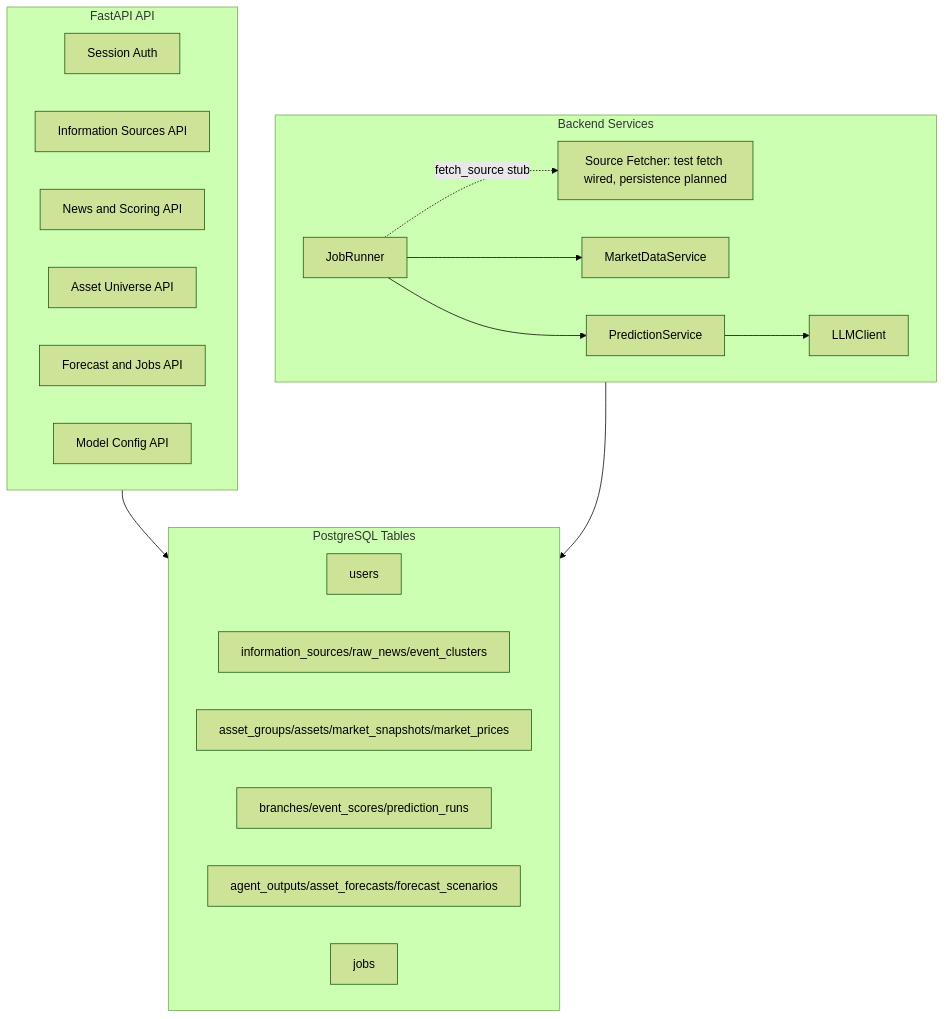
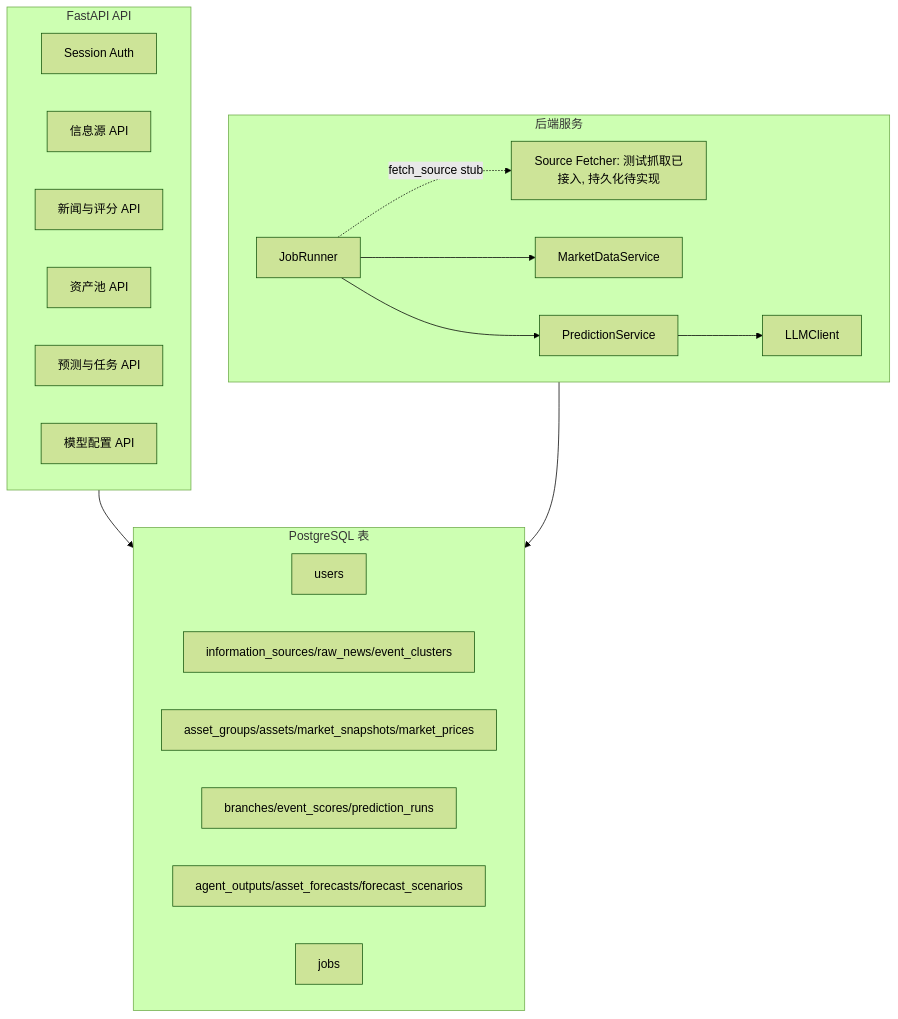
The second of 4 diagrams in docs/architecture.md (chachabu/asset-worldline-agent), drawn with Mermaid (forest theme) before and after one commit. The commit also changed other lines of this file and 5 other files, not shown here.

````diff
--- a/docs/architecture.md
+++ b/docs/architecture.md
@@ -68,35 +68,35 @@
 ```mermaid
 flowchart TB
     subgraph API[FastAPI API]
         Auth[Session Auth]
-        SourcesAPI[Information Sources API]
-        NewsAPI[News and Scoring API]
-        AssetsAPI[Asset Universe API]
-        ForecastAPI[Forecast and Jobs API]
-        ModelAPI[Model Config API]
+        SourcesAPI[信息源 API]
+        NewsAPI[新闻与评分 API]
+        AssetsAPI[资产池 API]
+        ForecastAPI[预测与任务 API]
+        ModelAPI[模型配置 API]
     end
 
-    subgraph Services[Backend Services]
-        Fetcher[Source Fetcher: test fetch wired, persistence planned]
+    subgraph Services[后端服务]
+        Fetcher[Source Fetcher: 测试抓取已接入, 持久化待实现]
         Market[MarketDataService]
         LLM[LLMClient]
         Predictor[PredictionService]
         Runner[JobRunner]
     end
 
-    subgraph DB[PostgreSQL Tables]
+    subgraph DB[PostgreSQL 表]
         Users[users]
         SourceTables[information_sources/raw_news/event_clusters]
         AssetTables[asset_groups/assets/market_snapshots/market_prices]
         BranchTables[branches/event_scores/prediction_runs]
         ForecastTables[agent_outputs/asset_forecasts/forecast_scenarios]
         JobTables[jobs]
     end
 
     API --> DB
     Runner -. fetch_source stub .-> Fetcher
     Runner --> Market
     Runner --> Predictor
     Predictor --> LLM
     Services --> DB
 ```
````
